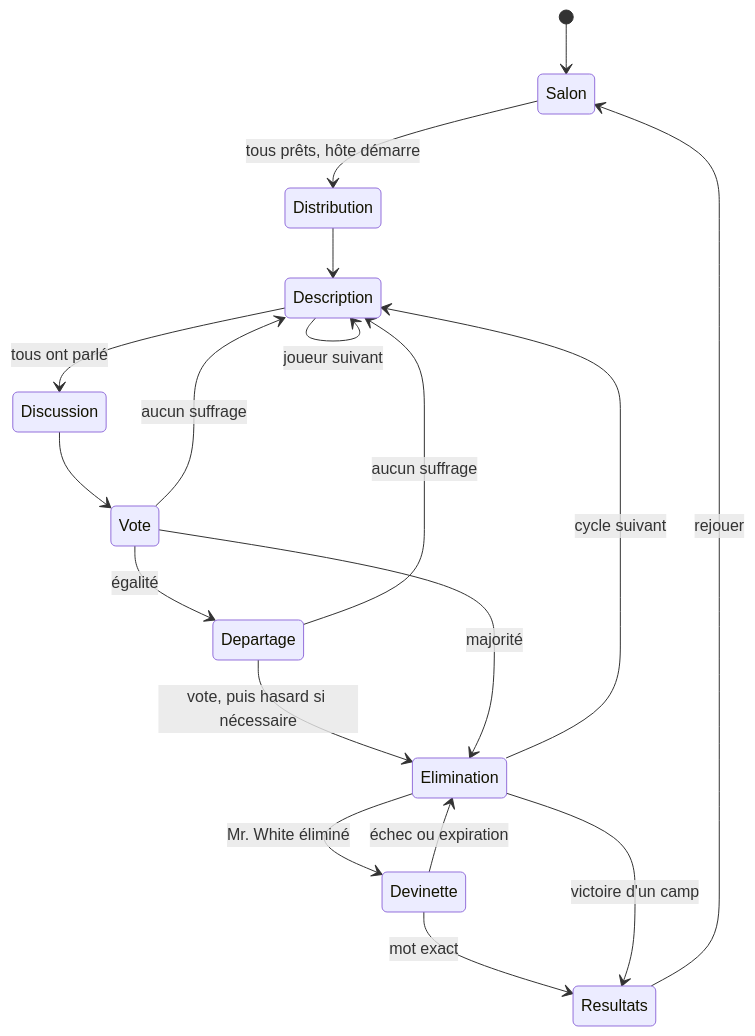
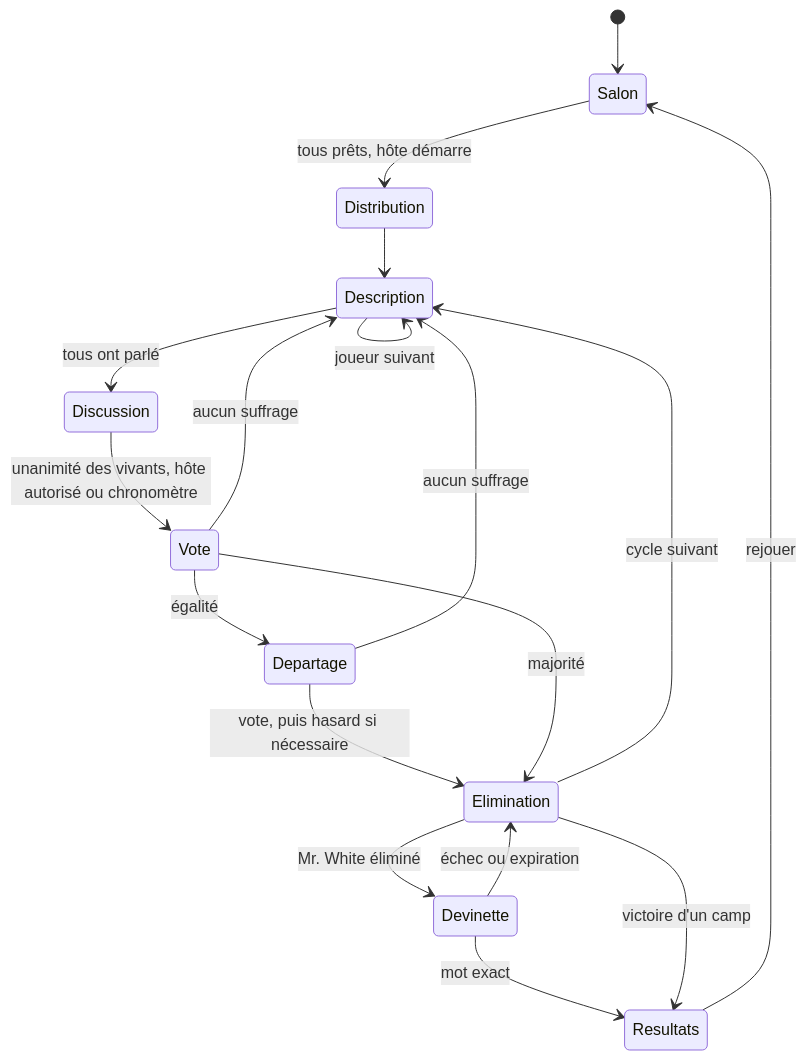
Before and after one commit to RomainMarcadet/rene: the second of 2 diagrams in docs/architecture.md, drawn with Mermaid. The commit also changed other lines of this file and 6 other files, not shown here.

````diff
--- a/docs/architecture.md
+++ b/docs/architecture.md
@@ -29,20 +29,20 @@
 ```mermaid
 stateDiagram-v2
   [*] --> Salon
   Salon --> Distribution : tous prêts, hôte démarre
   Distribution --> Description
   Description --> Description : joueur suivant
   Description --> Discussion : tous ont parlé
-  Discussion --> Vote
+  Discussion --> Vote : unanimité des vivants, hôte autorisé ou chronomètre
   Vote --> Departage : égalité
   Departage --> Elimination : vote, puis hasard si nécessaire
   Vote --> Elimination : majorité
   Vote --> Description : aucun suffrage
   Departage --> Description : aucun suffrage
   Elimination --> Devinette : Mr. White éliminé
   Devinette --> Resultats : mot exact
   Devinette --> Elimination : échec ou expiration
   Elimination --> Resultats : victoire d'un camp
   Elimination --> Description : cycle suivant
   Resultats --> Salon : rejouer
 ```
````
